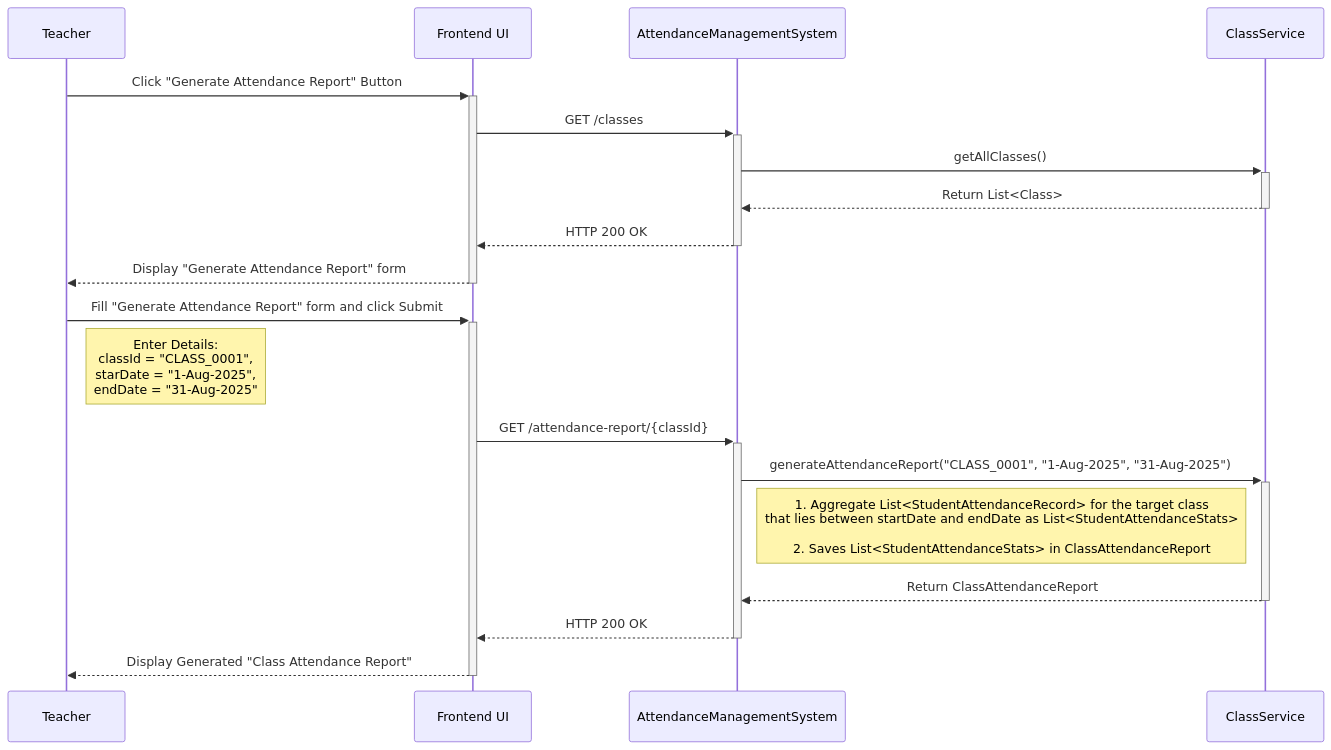
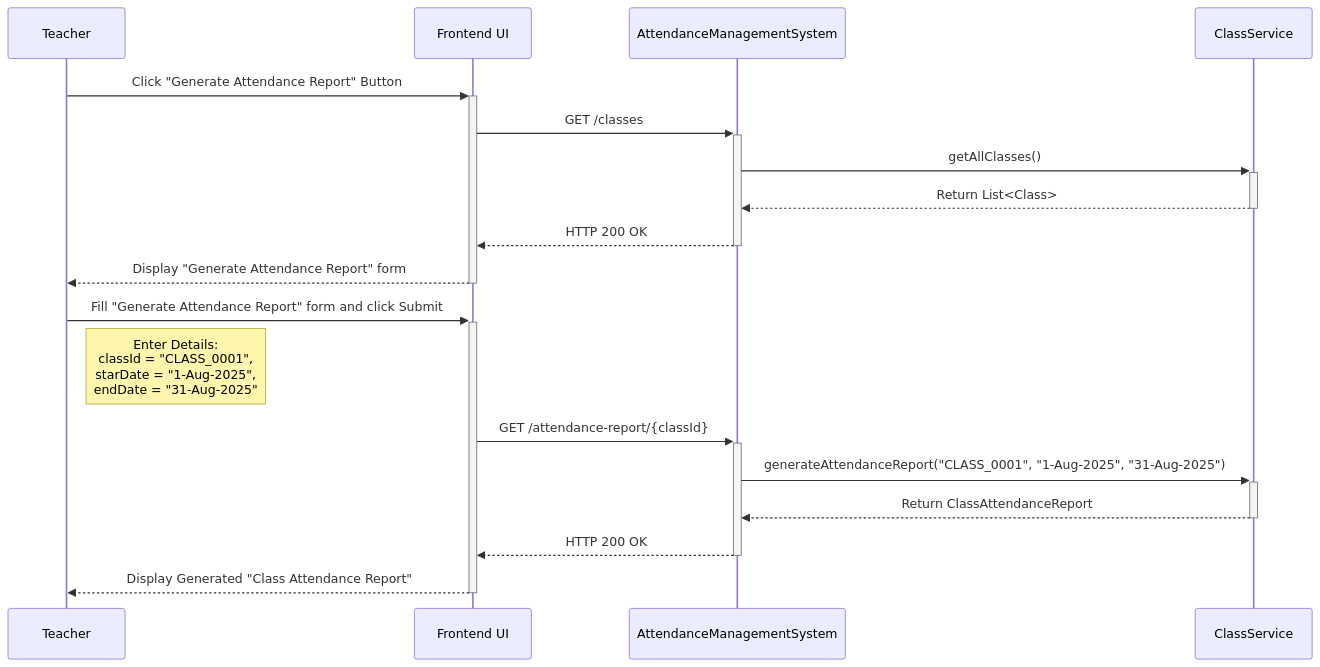
The fourth of 4 diagrams in Backend Engineering/Case Studies/Case Study 1. Attendance Management System/Design-Document/2. Sequence Flow.md (NishchayAnand/software-engineering), drawn with Mermaid before and after one commit. The commit also changed 19 other files, not shown here.

````diff
--- a/Backend Engineering/Case Studies/Case Study 1. Attendance Management System/Design-Document/2. Sequence Flow.md
+++ b/Backend Engineering/Case Studies/Case Study 1. Attendance Management System/Design-Document/2. Sequence Flow.md
@@ -197,25 +197,24 @@
 ```mermaid
 sequenceDiagram
     participant T as Teacher
     participant UI as Frontend UI
     participant AMS as AttendanceManagementSystem
     participant CS as ClassService
 
 	%%Interaction 1: Click the "Generate Attendance Report" button
     T->>+UI: Click "Generate Attendance Report" Button
     UI->>+AMS: GET /classes
     AMS->>+CS: getAllClasses()
 	CS-->>-AMS: Return List<Class>
 	AMS-->>-UI: HTTP 200 OK
 	UI-->>-T: Display "Generate Attendance Report" form
 
 	%%Interaction 2: Submit "Generate Attendance Report" Form
     T->>+UI: Fill "Generate Attendance Report" form and click Submit
     Note right of T: Enter Details: <br/> classId = "CLASS_0001", <br/> starDate = "1-Aug-2025", <br/> endDate = "31-Aug-2025"
     UI->>+AMS: GET /attendance-report/{classId}
     AMS->>+CS: generateAttendanceReport("CLASS_0001", "1-Aug-2025", "31-Aug-2025")
-    Note left of CS: 1. Aggregate List<StudentAttendanceRecord> for the target class <br/> that lies between startDate and endDate as List<StudentAttendanceStats> <br/><br/> 2. Saves List<StudentAttendanceStats> in ClassAttendanceReport
 	CS-->>-AMS: Return ClassAttendanceReport
 	AMS-->>-UI: HTTP 200 OK
 	UI-->>-T: Display Generated "Class Attendance Report"
 ```
````
